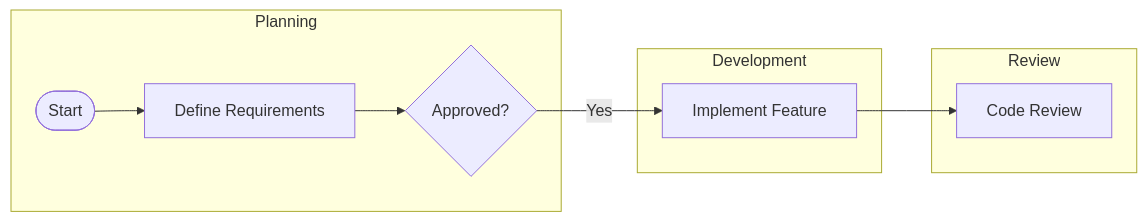
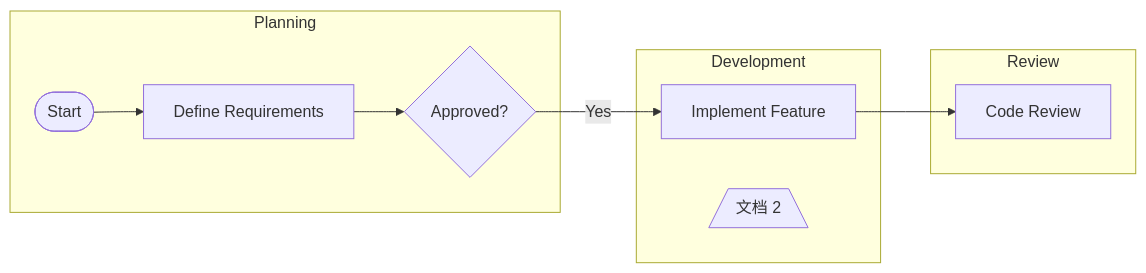
The diagram in mmd/123_db1c1734-f502-4c75-9e0f-54d0fdacbbeb.mmd (pingpm/mermaid_vault), drawn with Mermaid before and after one commit. The commit also changed 2 other files, not shown here.

Commit message:
Sync Mermaid Studio data (9 diagrams)

```diff
--- a/mmd/123_db1c1734-f502-4c75-9e0f-54d0fdacbbeb.mmd
+++ b/mmd/123_db1c1734-f502-4c75-9e0f-54d0fdacbbeb.mmd
@@ -1,16 +1,17 @@
 graph LR
   subgraph lane_lane_1["Planning"]
     t_task_3{"Approved?"}
     t_task_1(["Start"])
     t_task_2["Define Requirements"]
   end
   subgraph lane_lane_2["Development"]
     t_task_4["Implement Feature"]
+    t_bcb52ef5_1ab2_466e_a13e_b9249e2c2349[/"文档 2"\]
   end
   subgraph lane_lane_3["Review"]
     t_task_5["Code Review"]
   end
   t_task_1 --> t_task_2
   t_task_2 --> t_task_3
   t_task_3 -->|"Yes"| t_task_4
   t_task_4 --> t_task_5
```
